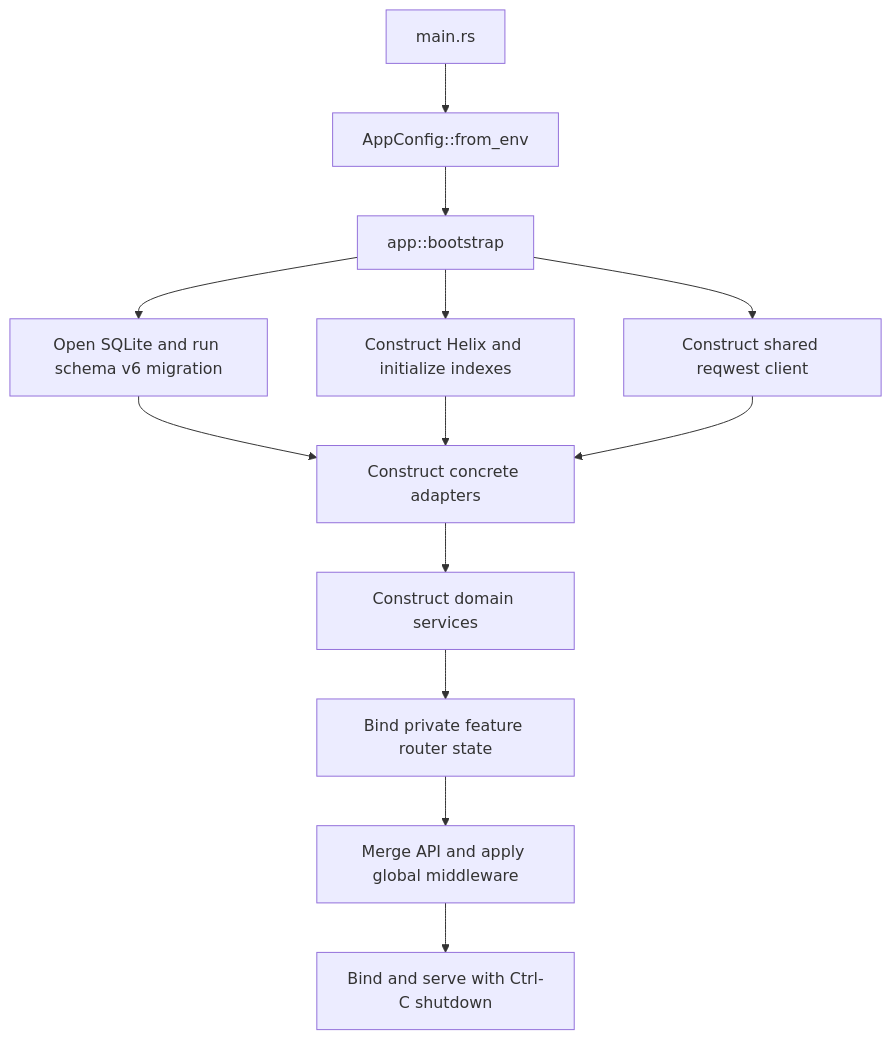
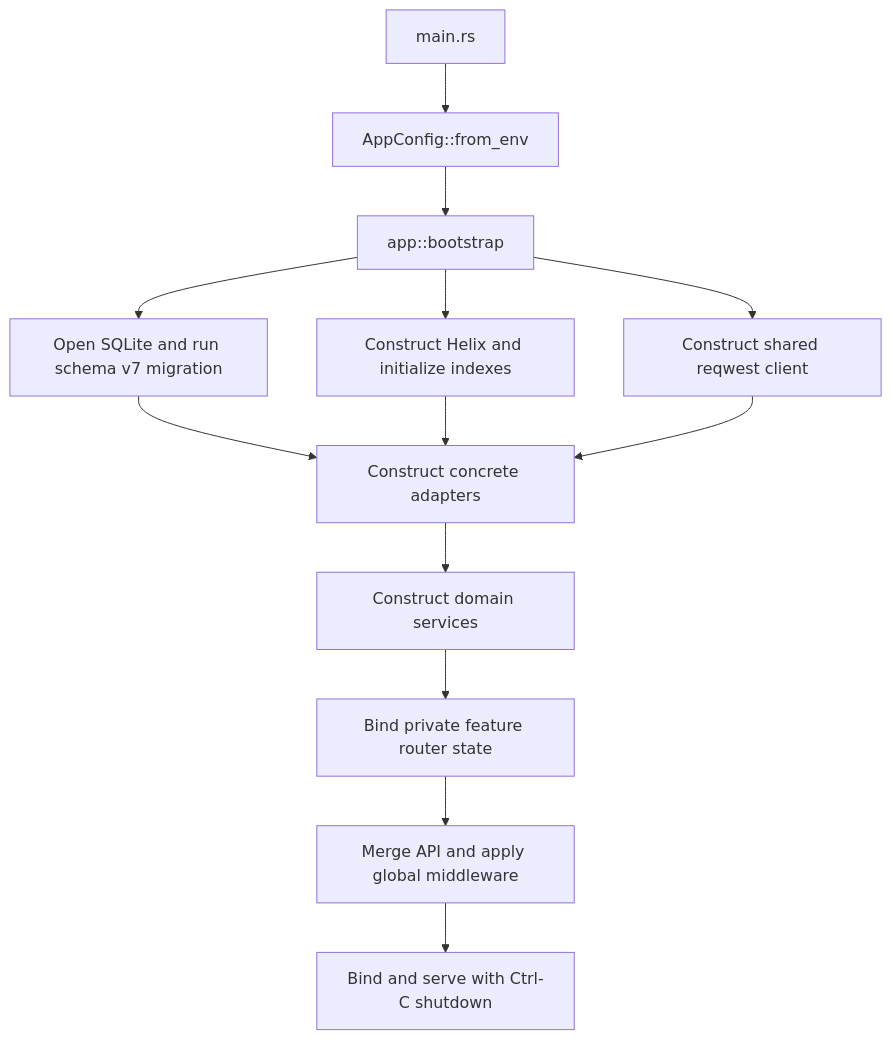
Before and after one commit to ratik-gambhir-WM/Quarry: the second of 3 diagrams in docs/ARCHITECTURE.md, drawn with Mermaid. The commit also changed other lines of this file and 18 other files, not shown here.

````diff
--- a/docs/ARCHITECTURE.md
+++ b/docs/ARCHITECTURE.md
@@ -631,15 +635,15 @@
 ```mermaid
 flowchart TD
     Main[main.rs] --> Config[AppConfig::from_env]
     Config --> Bootstrap[app::bootstrap]
-    Bootstrap --> Sqlite[Open SQLite and run schema v6 migration]
+    Bootstrap --> Sqlite[Open SQLite and run schema v7 migration]
     Bootstrap --> Helix[Construct Helix and initialize indexes]
     Bootstrap --> Http[Construct shared reqwest client]
     Sqlite --> Adapters[Construct concrete adapters]
     Helix --> Adapters
     Http --> Adapters
     Adapters --> Domains[Construct domain services]
     Domains --> FeatureRouters[Bind private feature router state]
     FeatureRouters --> Router[Merge API and apply global middleware]
     Router --> Serve[Bind and serve with Ctrl-C shutdown]
 ```
````
